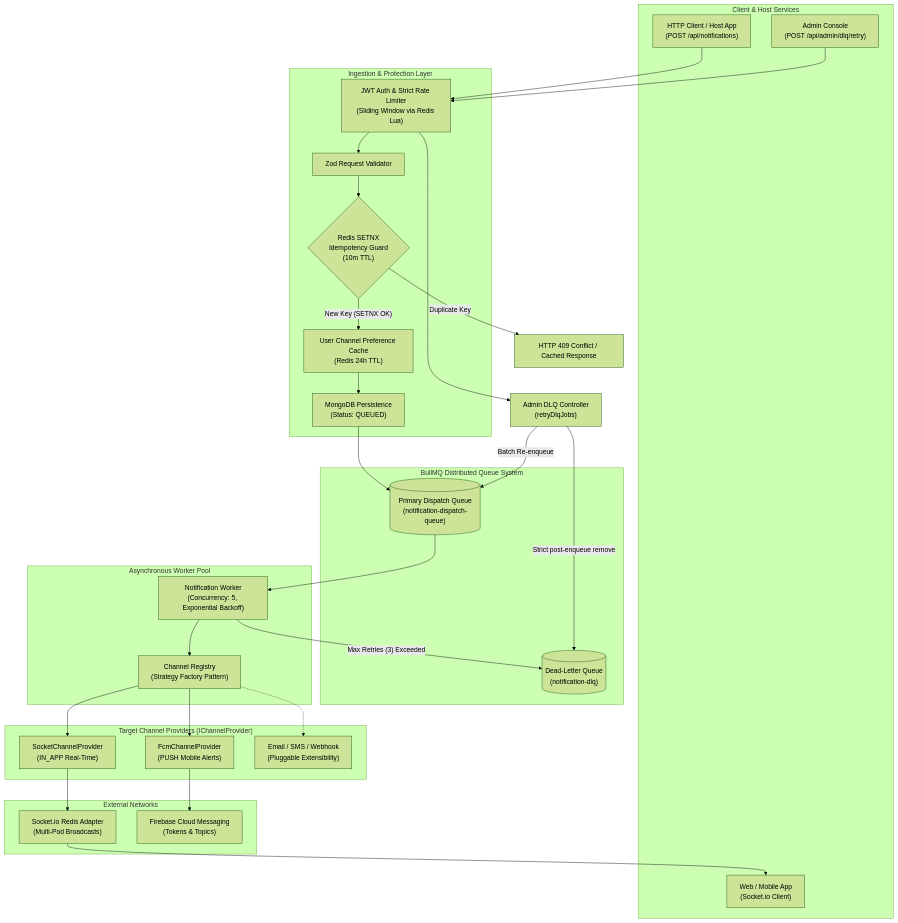
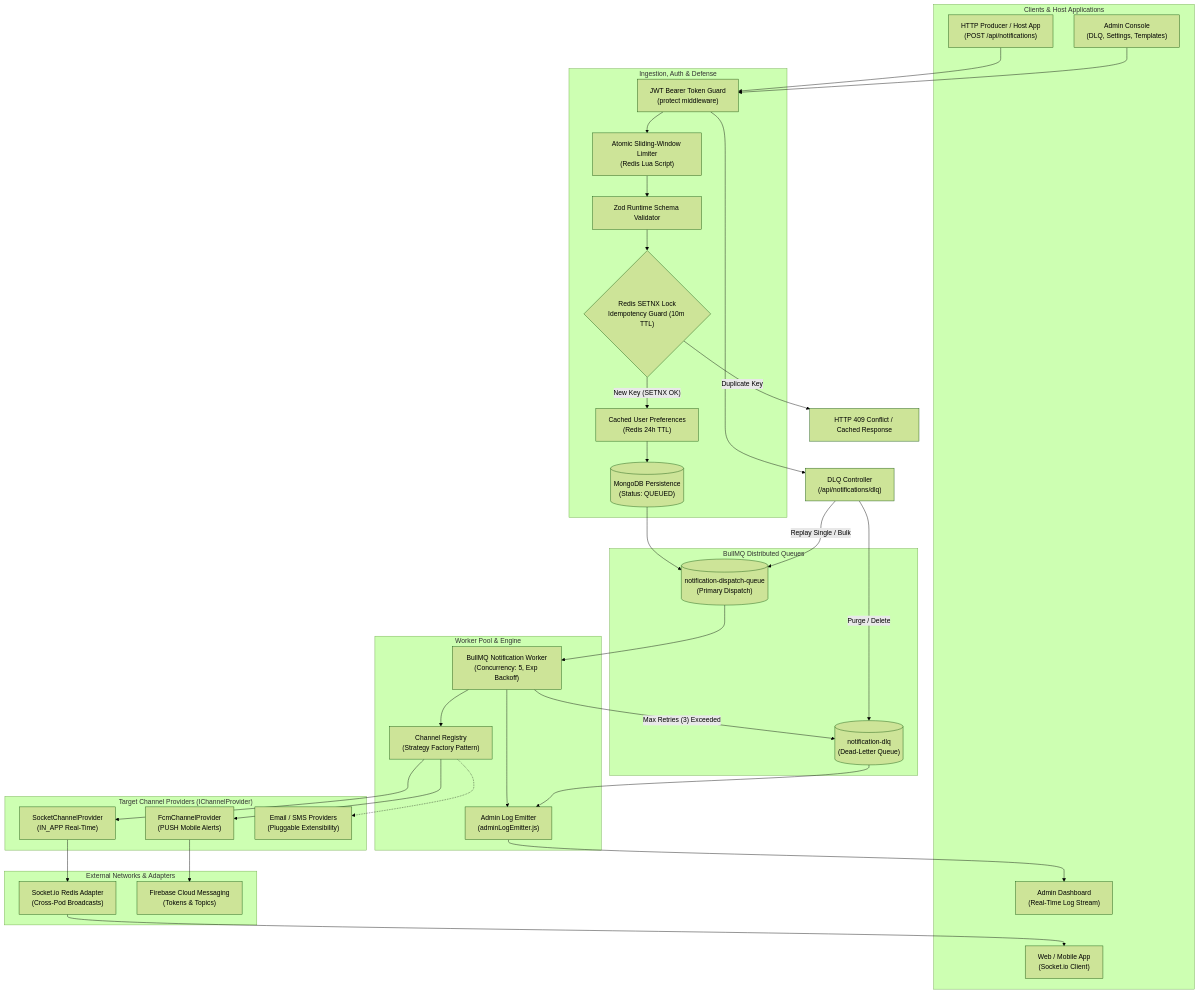
Before and after one commit to Visun517/notification-backup: the diagram in backend/README.md, drawn with Mermaid (forest theme). The commit also changed other lines of this file, not shown here.

````diff
--- a/backend/README.md
+++ b/backend/README.md
@@ -34,56 +65,63 @@
 ```mermaid
 flowchart TD
-    subgraph ClientLayer["Client & Host Services"]
-        API_REQ["HTTP Client / Host App<br/>(POST /api/notifications)"]
-        ADMIN_REQ["Admin Console<br/>(POST /api/admin/dlq/retry)"]
+    subgraph ClientLayer["Clients & Host Applications"]
+        API_REQ["HTTP Producer / Host App<br/>(POST /api/notifications)"]
+        ADMIN_REQ["Admin Console<br/>(DLQ, Settings, Templates)"]
         WS_CLIENT["Web / Mobile App<br/>(Socket.io Client)"]
+        ADMIN_WS["Admin Dashboard<br/>(Real-Time Log Stream)"]
     end
 
-    subgraph IngestionLayer["Ingestion & Protection Layer"]
-        AUTH["JWT Auth & Strict Rate Limiter<br/>(Sliding Window via Redis Lua)"]
-        VAL["Zod Request Validator"]
-        IDEMP{"Redis SETNX<br/>Idempotency Guard<br/>(10m TTL)"}
-        PREF["User Channel Preference Cache<br/>(Redis 24h TTL)"]
-        DB_QUEUE["MongoDB Persistence<br/>(Status: QUEUED)"]
+    subgraph IngestionLayer["Ingestion, Auth & Defense"]
+        AUTH["JWT Bearer Token Guard<br/>(protect middleware)"]
+        RATE["Atomic Sliding-Window Limiter<br/>(Redis Lua Script)"]
+        VAL["Zod Runtime Schema Validator"]
+        IDEMP{"Redis SETNX Lock<br/>Idempotency Guard (10m TTL)"}
+        PREF["Cached User Preferences<br/>(Redis 24h TTL)"]
+        DB_QUEUE[("MongoDB Persistence<br/>(Status: QUEUED)")]
     end
 
-    subgraph QueueLayer["BullMQ Distributed Queue System"]
-        BULL_QUEUE[("Primary Dispatch Queue<br/>(notification-dispatch-queue)")]
-        DLQ[("Dead-Letter Queue<br/>(notification-dlq)")]
+    subgraph QueueLayer["BullMQ Distributed Queues"]
+        BULL_QUEUE[("notification-dispatch-queue<br/>(Primary Dispatch)")]
+        DLQ[("notification-dlq<br/>(Dead-Letter Queue)")]
     end
 
-    subgraph WorkerLayer["Asynchronous Worker Pool"]
-        WORKER["Notification Worker<br/>(Concurrency: 5, Exponential Backoff)"]
+    subgraph WorkerPool["Worker Pool & Engine"]
+        WORKER["BullMQ Notification Worker<br/>(Concurrency: 5, Exp Backoff)"]
         CH_REG["Channel Registry<br/>(Strategy Factory Pattern)"]
+        LOG_EMIT["Admin Log Emitter<br/>(adminLogEmitter.js)"]
     end
 
     subgraph Providers["Target Channel Providers (IChannelProvider)"]
         SOCKET_PROV["SocketChannelProvider<br/>(IN_APP Real-Time)"]
         FCM_PROV["FcmChannelProvider<br/>(PUSH Mobile Alerts)"]
-        FUTURE_PROV["Email / SMS / Webhook<br/>(Pluggable Extensibility)"]
+        FUTURE_PROV["Email / SMS Providers<br/>(Pluggable Extensibility)"]
     end
 
-    subgraph ExternalDelivery["External Networks"]
-        REDIS_ADAPTER["Socket.io Redis Adapter<br/>(Multi-Pod Broadcasts)"]
+    subgraph ExternalDelivery["External Networks & Adapters"]
+        REDIS_ADAPTER["Socket.io Redis Adapter<br/>(Cross-Pod Broadcasts)"]
         FIREBASE_API["Firebase Cloud Messaging<br/>(Tokens & Topics)"]
     end
 
-    %% Flow Connections
-    API_REQ --> AUTH --> VAL --> IDEMP
+    %% Ingestion flow
+    API_REQ --> AUTH --> RATE --> VAL --> IDEMP
     IDEMP -- "New Key (SETNX OK)" --> PREF --> DB_QUEUE --> BULL_QUEUE
     IDEMP -- "Duplicate Key" --> REJECT["HTTP 409 Conflict / Cached Response"]
 
+    %% Worker flow
     BULL_QUEUE --> WORKER
+    WORKER --> LOG_EMIT --> ADMIN_WS
     WORKER --> CH_REG
     CH_REG --> SOCKET_PROV
     CH_REG --> FCM_PROV
     CH_REG -.-> FUTURE_PROV
 
     SOCKET_PROV --> REDIS_ADAPTER --> WS_CLIENT
     FCM_PROV --> FIREBASE_API
 
+    %% Failure and DLQ flow
     WORKER -- "Max Retries (3) Exceeded" --> DLQ
-    ADMIN_REQ --> AUTH --> DLQ_CONTROLLER["Admin DLQ Controller<br/>(retryDlqJobs)"]
-    DLQ_CONTROLLER -- "Batch Re-enqueue" --> BULL_QUEUE
-    DLQ_CONTROLLER -- "Strict post-enqueue remove" --> DLQ
+    DLQ --> LOG_EMIT
+    ADMIN_REQ --> AUTH --> DLQ_CTRL["DLQ Controller<br/>(/api/notifications/dlq)"]
+    DLQ_CTRL -- "Replay Single / Bulk" --> BULL_QUEUE
+    DLQ_CTRL -- "Purge / Delete" --> DLQ
 ```
````
